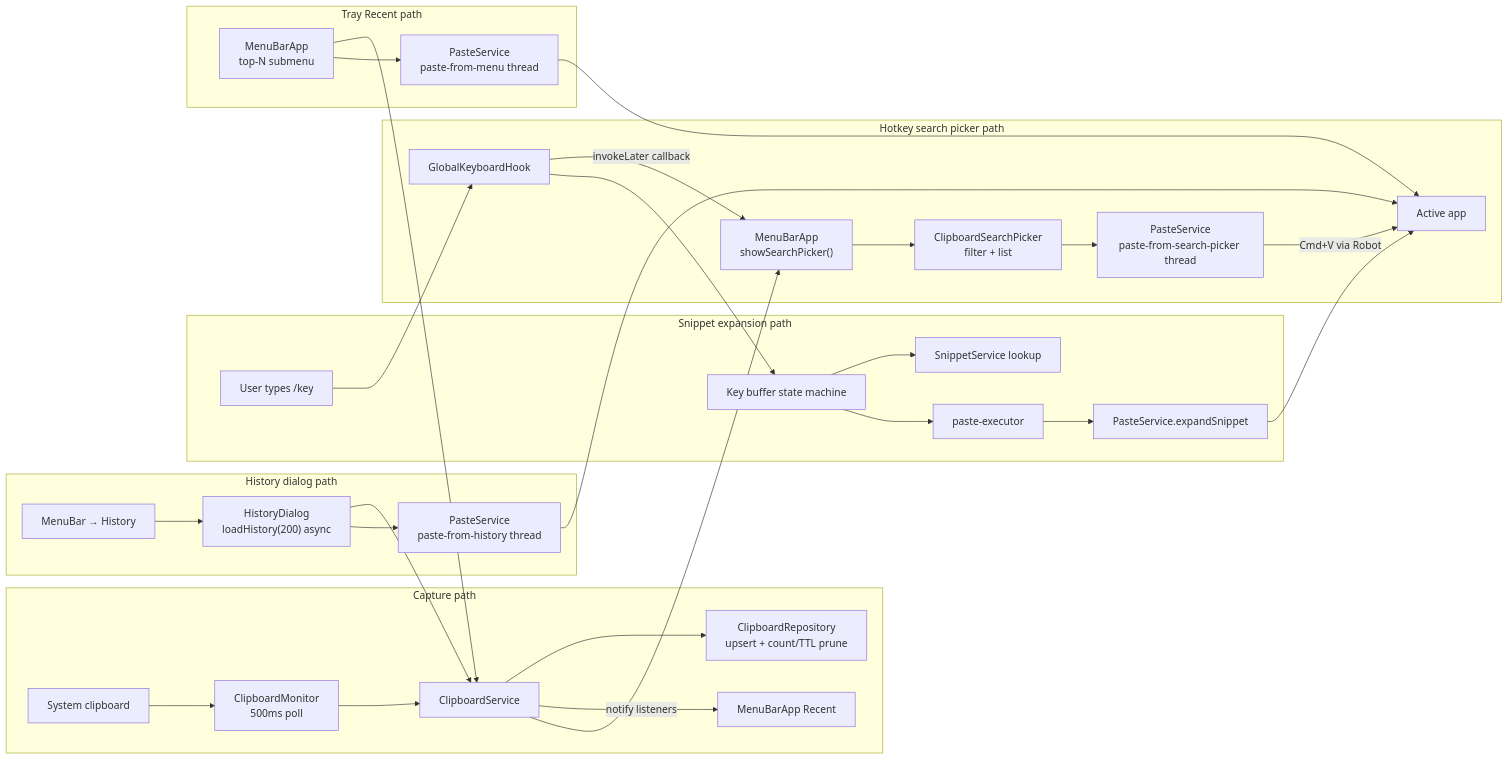
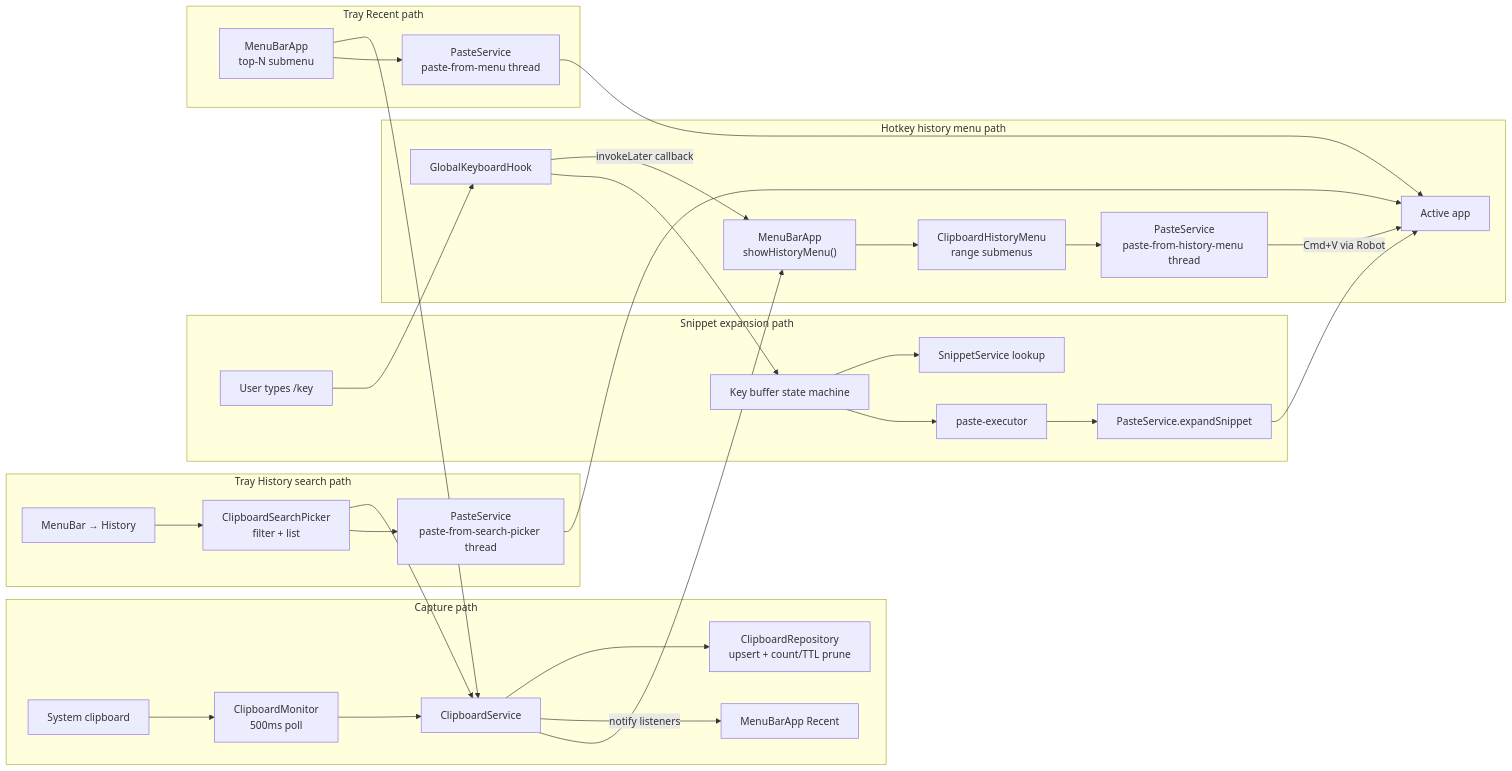
Before and after one commit to Meghna2528/Pasties: the third of 5 diagrams in README.md, drawn with Mermaid. The commit also changed other lines of this file and 5 other files, not shown here.

````diff
--- a/README.md
+++ b/README.md
@@ -438,46 +456,46 @@
 ```mermaid
 flowchart LR
     subgraph Capture["Capture path"]
         CB["System clipboard"]
         CM["ClipboardMonitor<br/>500ms poll"]
         CS["ClipboardService"]
         CR["ClipboardRepository<br/>upsert + count/TTL prune"]
         CB --> CM --> CS --> CR
         CS -->|"notify listeners"| MB2["MenuBarApp Recent"]
     end
 
-    subgraph Hotkey["Hotkey search picker path"]
+    subgraph Hotkey["Hotkey history menu path"]
         HK["GlobalKeyboardHook"]
-        MB4["MenuBarApp<br/>showSearchPicker()"]
-        SP["ClipboardSearchPicker<br/>filter + list"]
-        PS1["PasteService<br/>paste-from-search-picker thread"]
-        HK -->|"invokeLater callback"| MB4 --> SP --> PS1
+        MB4["MenuBarApp<br/>showHistoryMenu()"]
+        HM["ClipboardHistoryMenu<br/>range submenus"]
+        PS1["PasteService<br/>paste-from-history-menu thread"]
+        HK -->|"invokeLater callback"| MB4 --> HM --> PS1
         CS --> MB4
         PS1 -->|"Cmd+V via Robot"| App["Active app"]
     end
 
-    subgraph History["History dialog path"]
+    subgraph Search["Tray History search path"]
         MB3["MenuBar → History"]
-        HD["HistoryDialog<br/>loadHistory(200) async"]
-        PS2["PasteService<br/>paste-from-history thread"]
-        MB3 --> HD --> CS
-        HD --> PS2 --> App
+        SP["ClipboardSearchPicker<br/>filter + list"]
+        PS2["PasteService<br/>paste-from-search-picker thread"]
+        MB3 --> SP --> CS
+        SP --> PS2 --> App
     end
 
     subgraph Snip["Snippet expansion path"]
         Keys["User types /key"]
         FSM["Key buffer state machine"]
         SS["SnippetService lookup"]
         PEx["paste-executor"]
         Keys --> HK --> FSM --> SS
         FSM --> PEx --> PS3["PasteService.expandSnippet"]
         PS3 --> App
     end
 
     subgraph Tray["Tray Recent path"]
         MB["MenuBarApp<br/>top-N submenu"]
         PS4["PasteService<br/>paste-from-menu thread"]
         MB --> CS
         MB --> PS4 --> App
     end
 ```
````
